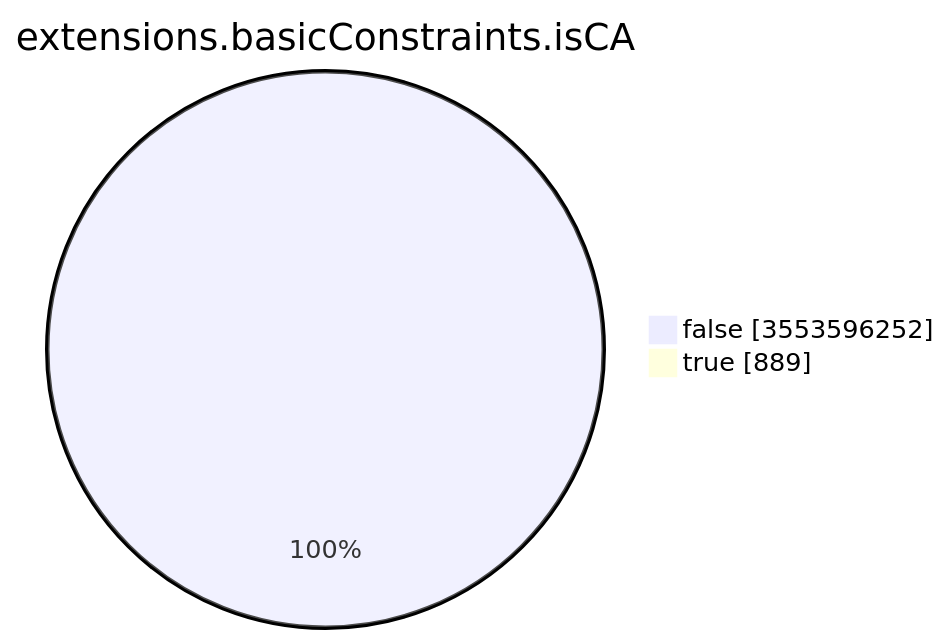
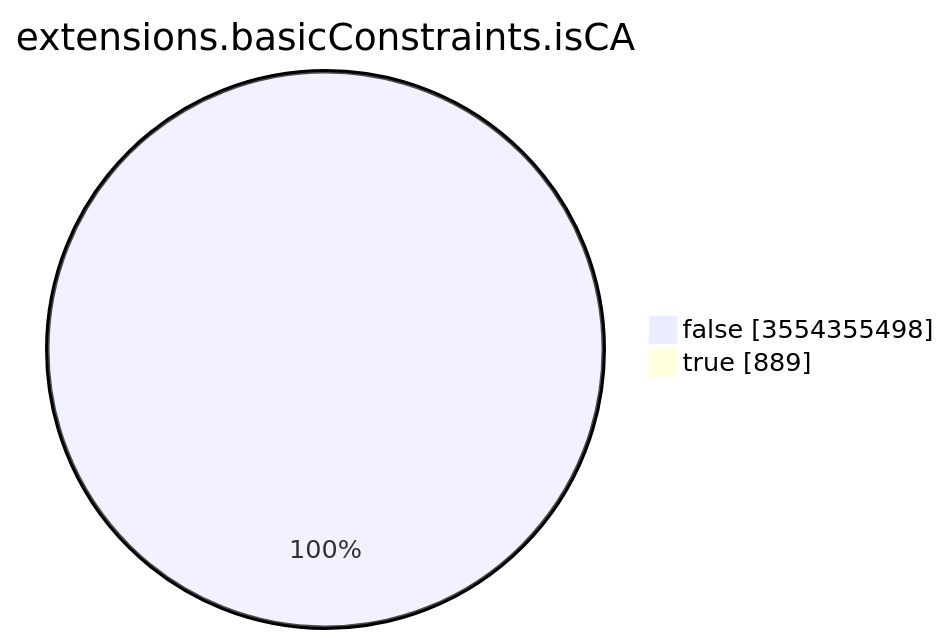
One commit to christiankrug/ctmonitor_visualization changed the seventh of 15 diagrams in TOTAL/README.md. Above: the diagram before and after it, drawn with Mermaid. The commit also changed other lines of this file, not shown here.

````diff
--- a/TOTAL/README.md
+++ b/TOTAL/README.md
@@ -3094,6 +3094,6 @@
 ```mermaid
 pie showData
 title extensions.basicConstraints.isCA
-"false" :3553596252
+"false" :3554355498
 "true" :889
 ```
````
